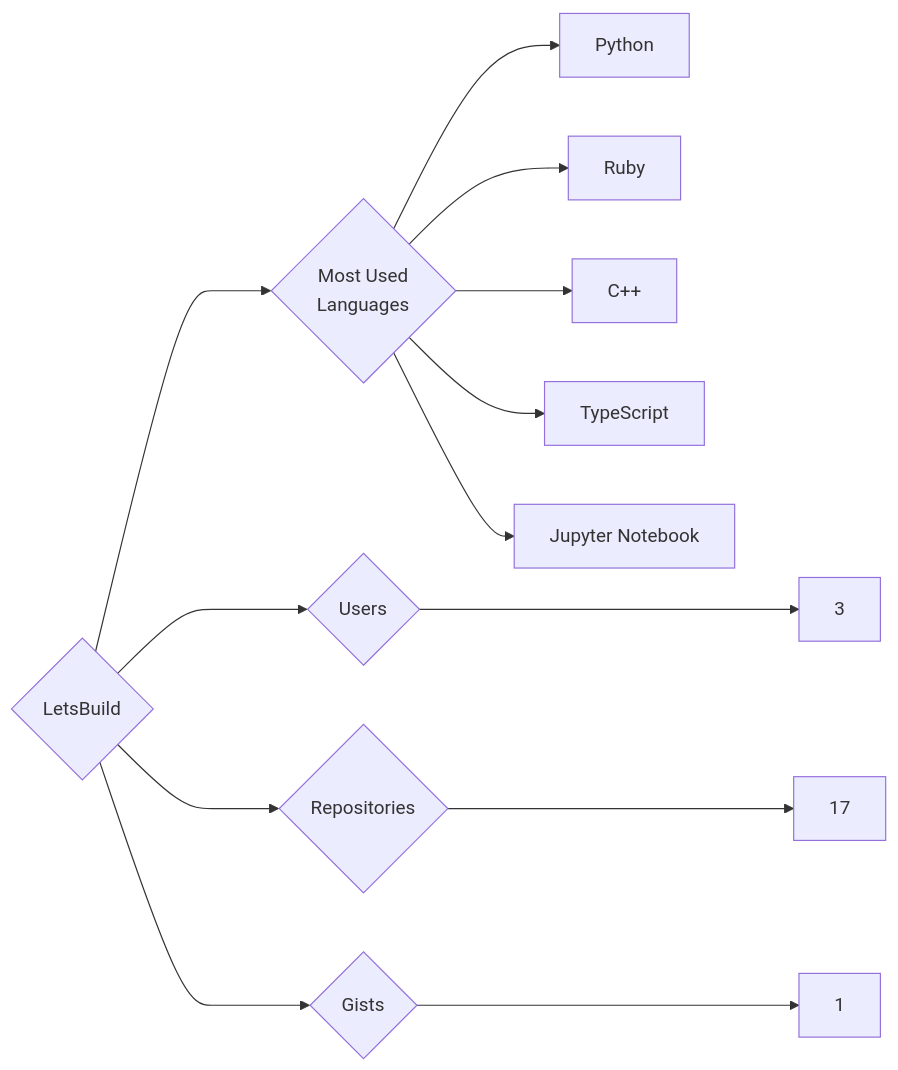
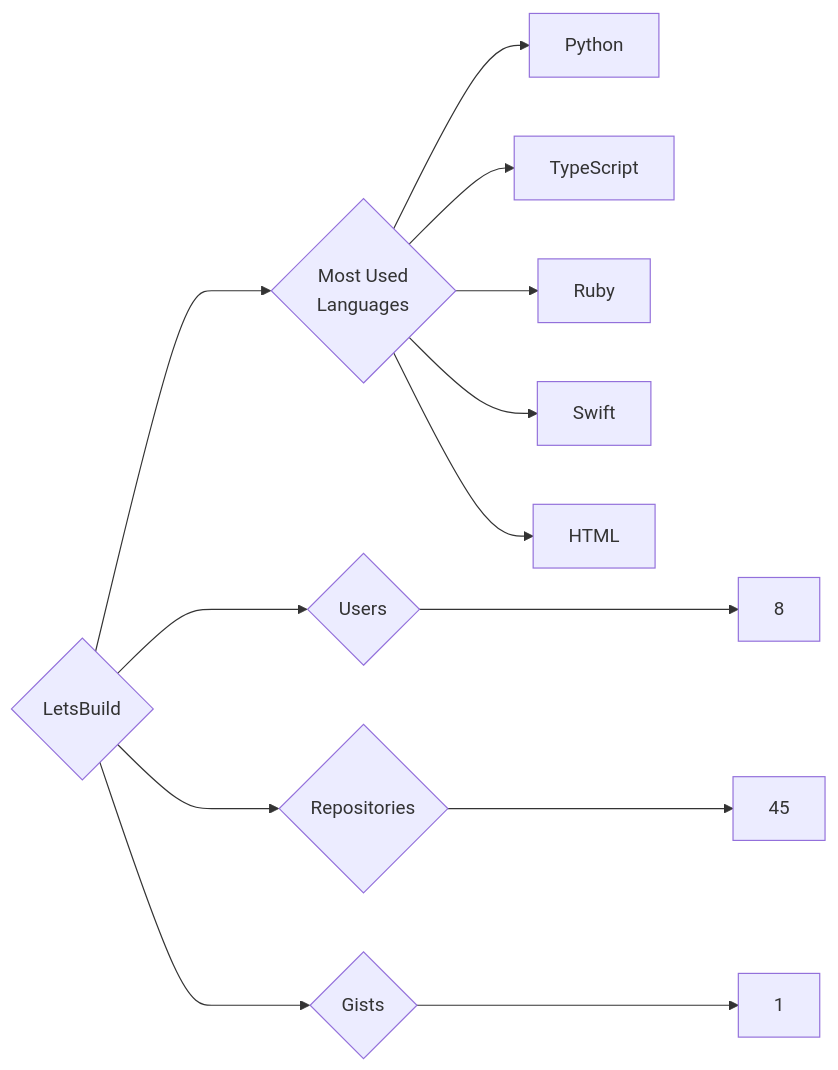
One commit to trickest/insiders changed the diagram in targets/LetsBuild/README.md. Above: the diagram before and after it, drawn with Mermaid. The commit also changed 1479 other files, not shown here.

````diff
--- a/targets/LetsBuild/README.md
+++ b/targets/LetsBuild/README.md
@@ -3,13 +3,13 @@
 ```mermaid
 graph LR
 COMPANY_NAME{LetsBuild}
-COMPANY_NAME ---> U{Users} ---> UN[3]
-COMPANY_NAME ---> R{Repositories} ---> RN[17]
+COMPANY_NAME ---> U{Users} ---> UN[8]
+COMPANY_NAME ---> R{Repositories} ---> RN[45]
 COMPANY_NAME ---> G{Gists} ---> GN[1]
 COMPANY_NAME ---> ML{Most Used<br>Languages}
 ML --> Python[Python]
+ML --> TypeScript[TypeScript]
 ML --> Ruby[Ruby]
-ML --> C++[C++]
-ML --> TypeScript[TypeScript]
-ML --> Jupyter_Notebook[Jupyter Notebook]
+ML --> Swift[Swift]
+ML --> HTML[HTML]
 ```
````
